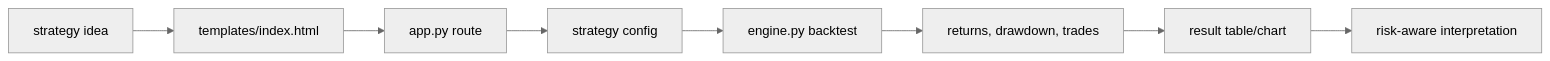
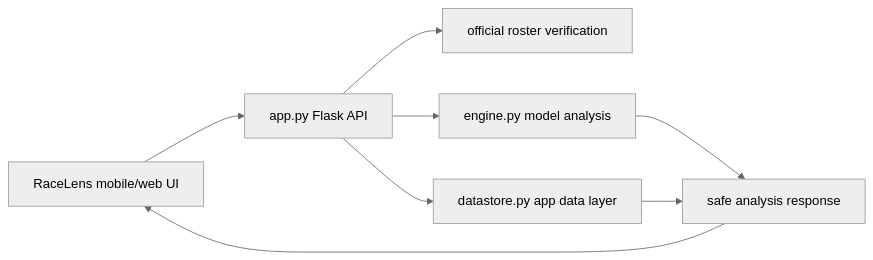
Before and after one commit to tttksj404/strategy-arena: the diagram in docs/LEARNING_GUIDE.md, drawn with Mermaid (neutral theme). The commit also changed other lines of this file and 1717 other files, not shown here.

Commit message:
deploy: restore RaceLens public Pro service

````diff
--- a/docs/LEARNING_GUIDE.md
+++ b/docs/LEARNING_GUIDE.md
@@ -25,10 +11,10 @@
 ```mermaid
 flowchart LR
-    User["strategy idea"] --> UI["templates/index.html"]
-    UI --> Route["app.py route"]
-    Route --> Config["strategy config"]
-    Config --> Engine["engine.py backtest"]
-    Engine --> Metrics["returns, drawdown, trades"]
-    Metrics --> Result["result table/chart"]
-    Result --> Review["risk-aware interpretation"]
+    App["RaceLens mobile/web UI"] --> API["app.py Flask API"]
+    API --> Roster["official roster verification"]
+    API --> Engine["engine.py model analysis"]
+    API --> Store["datastore.py app data layer"]
+    Engine --> Response["safe analysis response"]
+    Store --> Response
+    Response --> App
 ```
````
